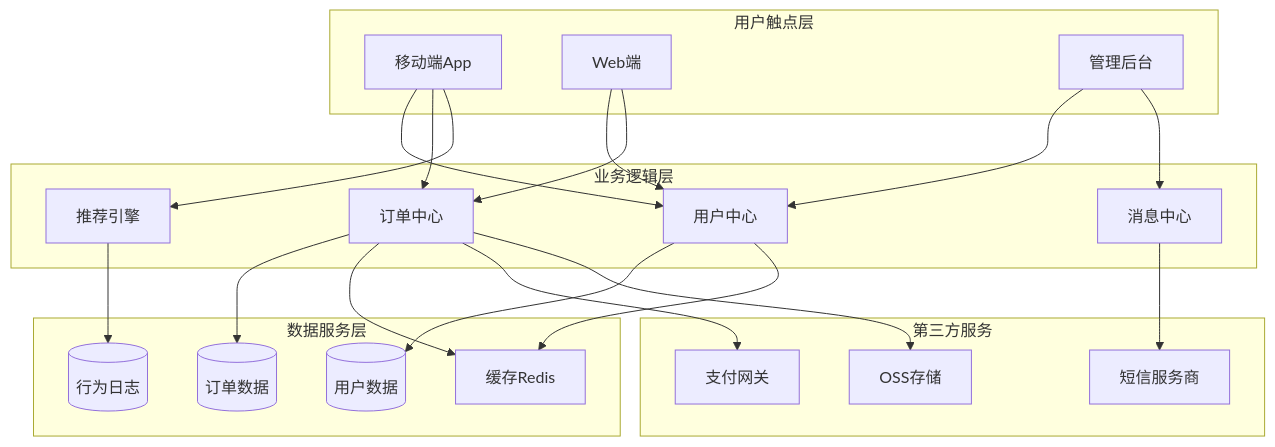
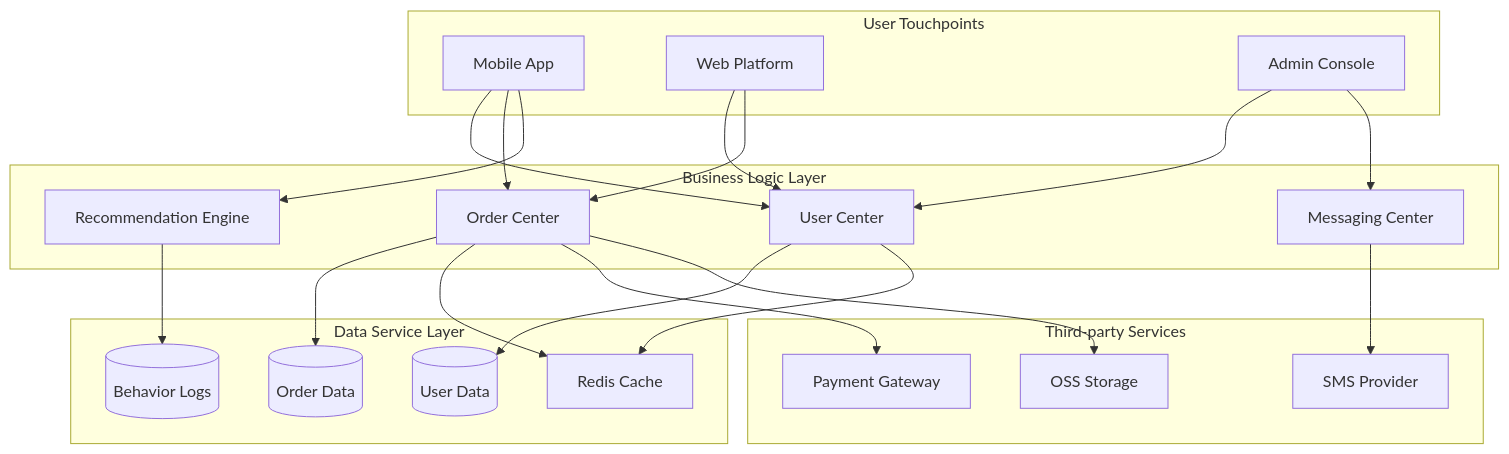
Before and after one commit to Kirky-X/cangjie: the third of 12 diagrams in templates/产品/产品层/【模板】产品需求文档.md, drawn with Mermaid. The commit also changed other lines of this file and 46 other files, not shown here.

````diff
--- a/templates/产品/产品层/【模板】产品需求文档.md
+++ b/templates/产品/产品层/【模板】产品需求文档.md
@@ -151,46 +151,46 @@
 ```mermaid
 graph TB
-    subgraph 用户触点层
-        A1[移动端App]
-        A2[Web端]
-        A3[管理后台]
+    subgraph User Touchpoints
+        A1[Mobile App]
+        A2[Web Platform]
+        A3[Admin Console]
     end
 
-    subgraph 业务逻辑层
-        B1[用户中心]
-        B2[订单中心]
-        B3[推荐引擎]
-        B4[消息中心]
+    subgraph Business Logic Layer
+        B1[User Center]
+        B2[Order Center]
+        B3[Recommendation Engine]
+        B4[Messaging Center]
     end
 
-    subgraph 数据服务层
-        C1[(用户数据)]
-        C2[(订单数据)]
-        C3[(行为日志)]
-        C4[缓存Redis]
+    subgraph Data Service Layer
+        C1[(User Data)]
+        C2[(Order Data)]
+        C3[(Behavior Logs)]
+        C4[Redis Cache]
     end
 
-    subgraph 第三方服务
-        D1[支付网关]
-        D2[短信服务商]
-        D3[OSS存储]
+    subgraph Third-party Services
+        D1[Payment Gateway]
+        D2[SMS Provider]
+        D3[OSS Storage]
     end
 
     A1 --> B1
     A1 --> B2
     A1 --> B3
     A2 --> B1
     A2 --> B2
     A3 --> B1
     A3 --> B4
 
     B1 --> C1
     B1 --> C4
     B2 --> C2
     B2 --> C4
     B2 --> D1
     B3 --> C3
     B4 --> D2
 
     B2 --> D3
 ```
````
